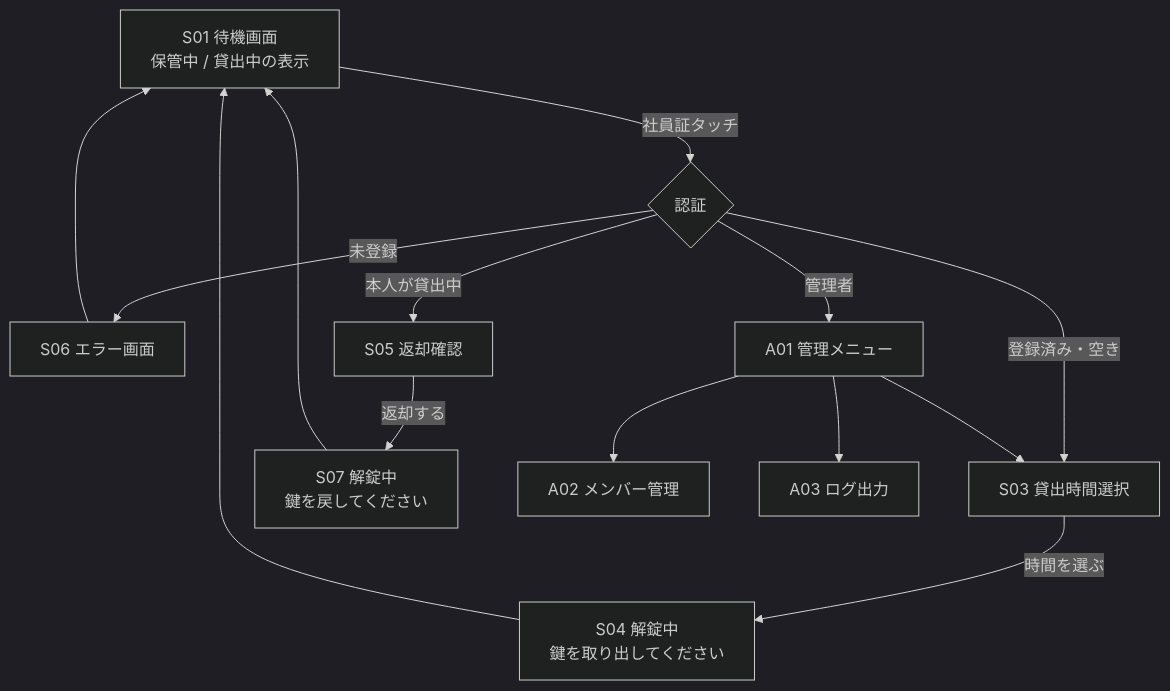
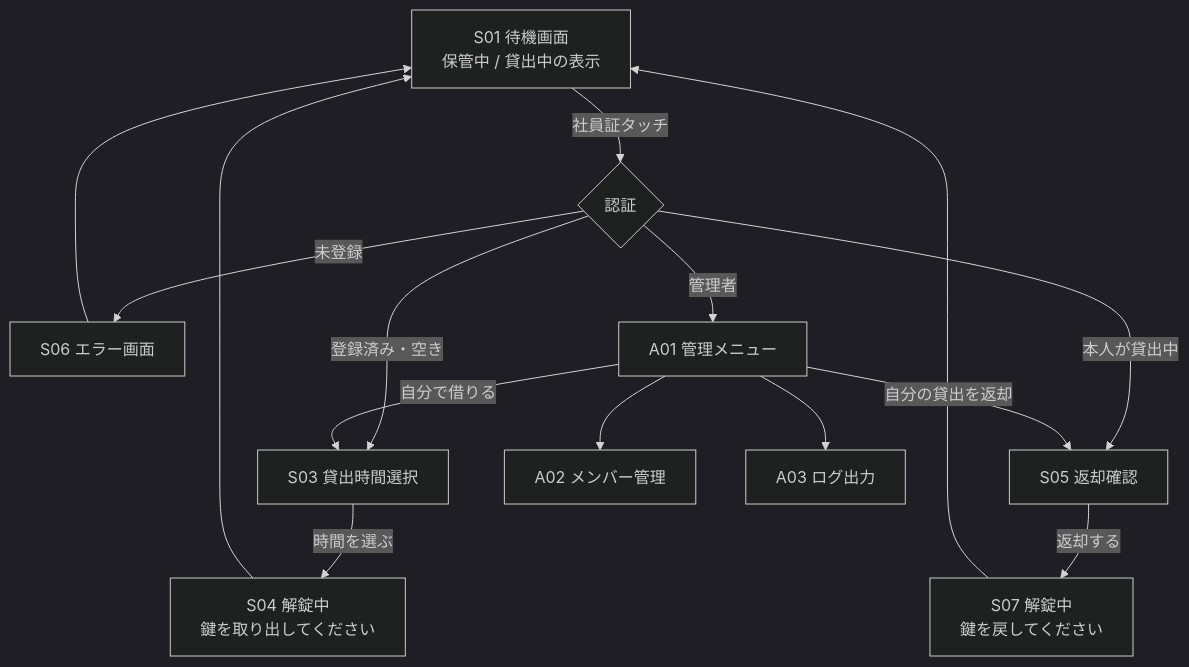
One commit to ootomonaiso/card changed the diagram in docs/07_画面設計書.md. Above: the diagram before and after it, drawn with Mermaid (dark theme). The commit also changed 7 other files, not shown here.

First line of the commit message:
図面刷新: 回路図を本物のSVG化、drawioを非推奨化

````diff
--- a/docs/07_画面設計書.md
+++ b/docs/07_画面設計書.md
@@ -15,16 +15,17 @@
 ```mermaid
 flowchart TD
   S01[S01 待機画面<br/>保管中 / 貸出中の表示] -- 社員証タッチ --> S02{認証}
   S02 -- 未登録 --> S06[S06 エラー画面]
   S02 -- 登録済み・空き --> S03[S03 貸出時間選択]
   S02 -- 本人が貸出中 --> S05[S05 返却確認]
   S02 -- 管理者 --> A01[A01 管理メニュー]
   S03 -- 時間を選ぶ --> S04[S04 解錠中<br/>鍵を取り出してください]
   S05 -- 返却する --> S07[S07 解錠中<br/>鍵を戻してください]
   S04 --> S01
   S07 --> S01
   S06 --> S01
   A01 --> A02[A02 メンバー管理]
   A01 --> A03[A03 ログ出力]
-  A01 --> S03
+  A01 -- 自分で借りる --> S03
+  A01 -- 自分の貸出を返却 --> S05
 ```
````
